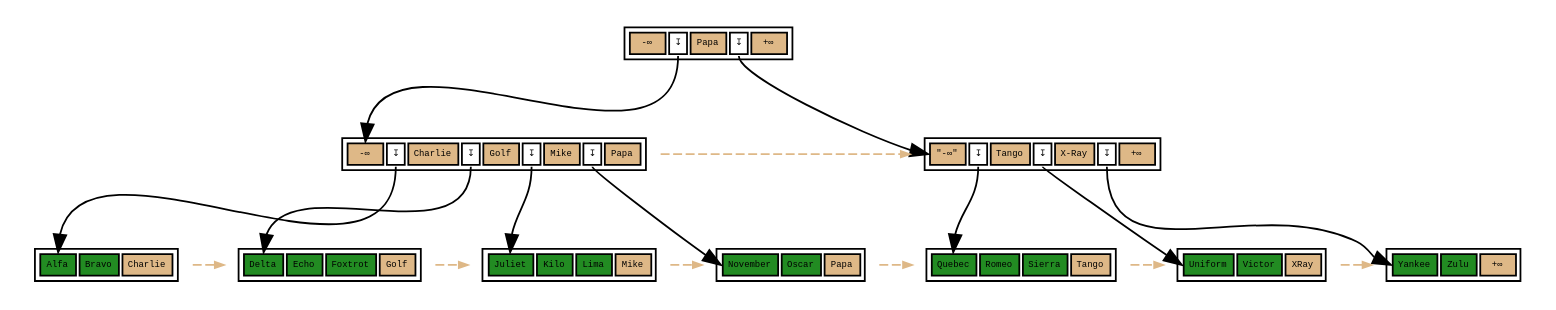
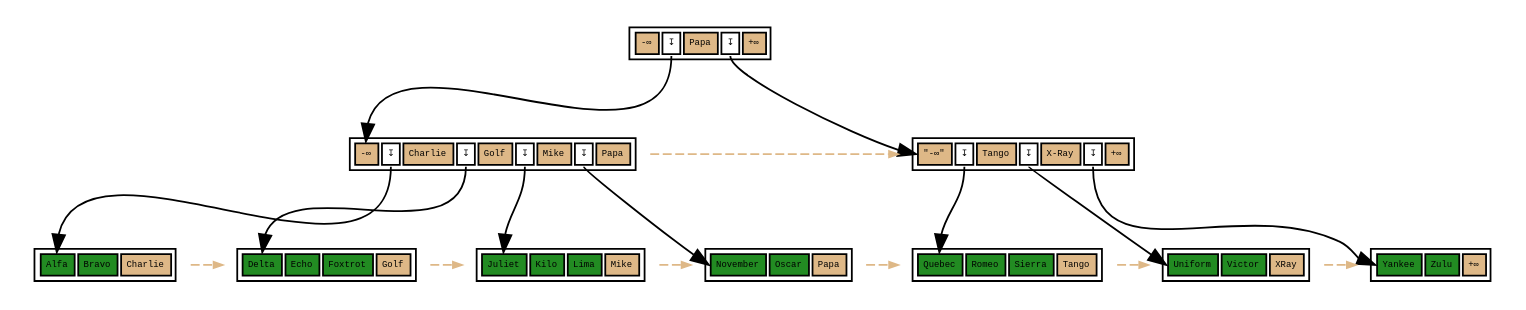
The diagram in cute-btree.dot (petergeoghegan/pg_query_internals), drawn with Graphviz before and after one commit.

Commit message:
Remove widths

```diff
--- a/cute-btree.dot
+++ b/cute-btree.dot
@@ -1,165 +1,165 @@
 // Example B-Tree graph
 //
 // Breadth-first order
 //
 // Start from root, go left to right
 //
 // Workflow:
 //
 // $ dot -T svg btree.dot -o btree.svg;
 
 digraph nbtree {
 graph [fontname = "monospace"];
 node [shape = none,height=.1,fontname = "monospace",fontsize=5];
 // Level 2 (Root internal level)
 rootnode[ label=<<table>
                     <tr>
-                        <td bgcolor='burlywood' width="20" port="f0">-&infin;</td>
-                        <td bgcolor='#FFFFFF' width="1" port="f1">&#8615;</td>
-                        <td bgcolor='burlywood' width="20" port="f2">Papa</td>
-                        <td bgcolor='#FFFFFF' width="1" port="f3">&#8615;</td>
-                        <td bgcolor='burlywood' width="20" port="hk">+&infin;</td>
+                        <td bgcolor='burlywood' port="f0">-&infin;</td>
+                        <td bgcolor='#FFFFFF' port="f1">&#8615;</td>
+                        <td bgcolor='burlywood' port="f2">Papa</td>
+                        <td bgcolor='#FFFFFF' port="f3">&#8615;</td>
+                        <td bgcolor='burlywood' port="hk">+&infin;</td>
                     </tr>
                 </table>
                >
         ];
 // Downlink arrows to children:
 "rootnode":f1 -> "leftinternal":f0
 "rootnode":f3 -> "rightinternal":f0
 // sibling pointer:
 // (None)
 
 
 // Level 1 (Internal level)
 // Downlinks + highkey:
 leftinternal[ label=<<table>
                     <tr>
-                        <td bgcolor='burlywood' width="20" port="f0">-&infin;</td>
-                        <td bgcolor='#FFFFFF' width="1" port="f1">&#8615;</td>
-                        <td bgcolor='burlywood' width="20" port="f2">Charlie</td>
-                        <td bgcolor='#FFFFFF' width="1" port="f3">&#8615;</td>
-                        <td bgcolor='burlywood' width="20" port="f4">Golf</td>
-                        <td bgcolor='#FFFFFF' width="1" port="f5">&#8615;</td>
-                        <td bgcolor='burlywood' width="20" port="f6">Mike</td>
-                        <td bgcolor='#FFFFFF' width="1" port="f7">&#8615;</td>
-                        <td bgcolor='burlywood' width="20" port="hk">Papa</td>
+                        <td bgcolor='burlywood' port="f0">-&infin;</td>
+                        <td bgcolor='#FFFFFF' port="f1">&#8615;</td>
+                        <td bgcolor='burlywood' port="f2">Charlie</td>
+                        <td bgcolor='#FFFFFF' port="f3">&#8615;</td>
+                        <td bgcolor='burlywood' port="f4">Golf</td>
+                        <td bgcolor='#FFFFFF' port="f5">&#8615;</td>
+                        <td bgcolor='burlywood' port="f6">Mike</td>
+                        <td bgcolor='#FFFFFF' port="f7">&#8615;</td>
+                        <td bgcolor='burlywood' port="hk">Papa</td>
                     </tr>
                 </table>
                >
         ];
 // Downlink arrows to children:
 "leftinternal":f1 -> "leafnode_1":f0
 "leftinternal":f3 -> "leafnode_2":f0
 "leftinternal":f5 -> "leafnode_3":f0
 "leftinternal":f7 -> "leafnode_4":f0
 // sibling pointer:
 "leftinternal" -> "rightinternal"[constraint=false,color=burlywood,style=dashed,arrowsize=0.5]
 // Downlinks + highkey:
 rightinternal[ label=<<table>
                     <tr>
-                        <td bgcolor='burlywood' width="20" port="f0">&quot;-&infin;&quot;</td>
-                        <td bgcolor='#FFFFFF' width="1" port="f1">&#8615;</td>
-                        <td bgcolor='burlywood' width="20" port="f2">Tango</td>
-                        <td bgcolor='#FFFFFF' width="1" port="f3">&#8615;</td>
-                        <td bgcolor='burlywood' width="20" port="f4">X-Ray</td>
-                        <td bgcolor='#FFFFFF' width="1" port="f5">&#8615;</td>
-                        <td bgcolor='burlywood' width="20" port="hk">+&infin;</td>
+                        <td bgcolor='burlywood' port="f0">&quot;-&infin;&quot;</td>
+                        <td bgcolor='#FFFFFF' port="f1">&#8615;</td>
+                        <td bgcolor='burlywood' port="f2">Tango</td>
+                        <td bgcolor='#FFFFFF' port="f3">&#8615;</td>
+                        <td bgcolor='burlywood' port="f4">X-Ray</td>
+                        <td bgcolor='#FFFFFF' port="f5">&#8615;</td>
+                        <td bgcolor='burlywood' port="hk">+&infin;</td>
                     </tr>
                 </table>
                >
         ];
 // Downlink arrows to children:
 "rightinternal":f1 -> "leafnode_5":f0
 "rightinternal":f3 -> "leafnode_6":f0
 "rightinternal":f5 -> "leafnode_7":f0
 // sibling pointer:
 // (None)
 
 
 // Level 0 (leaf level)
 leafnode_1[ label=<<table>
                     <tr>
-                        <td bgcolor='forestgreen' width="20" port="f0">Alfa</td>
-                        <td bgcolor='forestgreen' width="20" port="f1">Bravo</td>
-                        <td bgcolor='burlywood' width="20" port="hk">Charlie</td>
+                        <td bgcolor='forestgreen' port="f0">Alfa</td>
+                        <td bgcolor='forestgreen' port="f1">Bravo</td>
+                        <td bgcolor='burlywood' port="hk">Charlie</td>
                     </tr>
                 </table>
                >
         ];
 // sibling pointer:
 "leafnode_1" -> "leafnode_2"[constraint=false,color=burlywood,style=dashed,arrowsize=0.5]
 leafnode_2[ label=<<table>
                     <tr>
-                        <td bgcolor='forestgreen' width="20" port="f0">Delta</td>
-                        <td bgcolor='forestgreen' width="20" port="f1">Echo</td>
-                        <td bgcolor='forestgreen' width="20" port="f2">Foxtrot</td>
-                        <td bgcolor='burlywood' width="20" port="hk">Golf</td>
+                        <td bgcolor='forestgreen' port="f0">Delta</td>
+                        <td bgcolor='forestgreen' port="f1">Echo</td>
+                        <td bgcolor='forestgreen' port="f2">Foxtrot</td>
+                        <td bgcolor='burlywood' port="hk">Golf</td>
                     </tr>
                 </table>
                >
         ];
 // sibling pointer:
 "leafnode_2" -> "leafnode_3"[constraint=false,color=burlywood,style=dashed,arrowsize=0.5]
 leafnode_3[ label=<<table>
                     <tr>
-                        <td bgcolor='forestgreen' width="20" port="f0">Juliet</td>
-                        <td bgcolor='forestgreen' width="20" port="f1">Kilo</td>
-                        <td bgcolor='forestgreen' width="20" port="f2">Lima</td>
-                        <td bgcolor='burlywood' width="20" port="hk">Mike</td>
+                        <td bgcolor='forestgreen' port="f0">Juliet</td>
+                        <td bgcolor='forestgreen' port="f1">Kilo</td>
+                        <td bgcolor='forestgreen' port="f2">Lima</td>
+                        <td bgcolor='burlywood' port="hk">Mike</td>
                     </tr>
                 </table>
                >
         ];
 // sibling pointer:
 "leafnode_3" -> "leafnode_4"[constraint=false,color=burlywood,style=dashed,arrowsize=0.5]
 leafnode_4[ label=<<table>
                     <tr>
-                        <td bgcolor='forestgreen' width="20" port="f0">November</td>
-                        <td bgcolor='forestgreen' width="20" port="f1">Oscar</td>
-                        <td bgcolor='burlywood' width="20" port="hk">Papa</td>
+                        <td bgcolor='forestgreen' port="f0">November</td>
+                        <td bgcolor='forestgreen' port="f1">Oscar</td>
+                        <td bgcolor='burlywood' port="hk">Papa</td>
                     </tr>
                 </table>
                >
         ];
 // sibling pointer:
 "leafnode_4" -> "leafnode_5"[constraint=false,color=burlywood,style=dashed,arrowsize=0.5]
 leafnode_5[ label=<<table>
                     <tr>
-                        <td bgcolor='forestgreen' width="20" port="f0">Quebec</td>
-                        <td bgcolor='forestgreen' width="20" port="f1">Romeo</td>
-                        <td bgcolor='forestgreen' width="20" port="f2">Sierra</td>
-                        <td bgcolor='burlywood' width="20" port="hk">Tango</td>
+                        <td bgcolor='forestgreen' port="f0">Quebec</td>
+                        <td bgcolor='forestgreen' port="f1">Romeo</td>
+                        <td bgcolor='forestgreen' port="f2">Sierra</td>
+                        <td bgcolor='burlywood' port="hk">Tango</td>
                     </tr>
                 </table>
                >
         ];
 // sibling pointer:
 "leafnode_5" -> "leafnode_6"[constraint=false,color=burlywood,style=dashed,arrowsize=0.5]
 leafnode_6[ label=<<table>
                     <tr>
-                        <td bgcolor='forestgreen' width="20" port="f0">Uniform</td>
-                        <td bgcolor='forestgreen' width="20" port="f1">Victor</td>
-                        <td bgcolor='burlywood' width="20" port="hk">XRay</td>
+                        <td bgcolor='forestgreen' port="f0">Uniform</td>
+                        <td bgcolor='forestgreen' port="f1">Victor</td>
+                        <td bgcolor='burlywood' port="hk">XRay</td>
                     </tr>
                 </table>
                >
         ];
 // sibling pointer:
 "leafnode_6" -> "leafnode_7"[constraint=false,color=burlywood,style=dashed,arrowsize=0.5]
 leafnode_7[ label=<<table>
                     <tr>
-                        <td bgcolor='forestgreen' width="20" port="f0">Yankee</td>
-                        <td bgcolor='forestgreen' width="20" port="f1">Zulu</td>
-                        <td bgcolor='burlywood' width="20" port="hk">+&infin;</td>
+                        <td bgcolor='forestgreen' port="f0">Yankee</td>
+                        <td bgcolor='forestgreen' port="f1">Zulu</td>
+                        <td bgcolor='burlywood' port="hk">+&infin;</td>
                     </tr>
                 </table>
                >
         ];
 // sibling pointer:
 // (None)
 
 // Force alignment from root to internal to leaf levels:
 edge[style=invis];
 "rootnode":f2 -> "leftinternal":hk
 "rootnode":hk -> "leafnode_4":hk
 }
```
